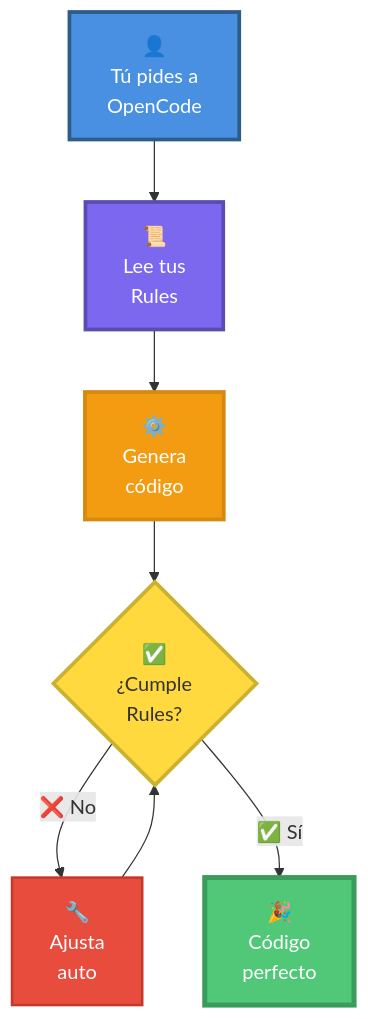
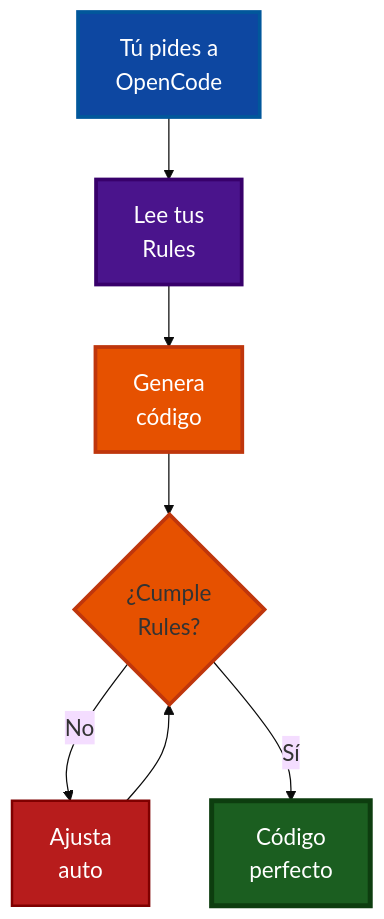
Diagram 11 of 16 in courses/🟡-development/FPUNA-2026/00-FUNDAMENTOS-PRINCIPALES/02-maestria-configuracion.md (Ai-Whisperers/Courses-Content), drawn with Mermaid before and after one commit. The commit also changed other lines of this file and 47 other files, not shown here.

First line of the commit message:
fix: Make all 473 diagrams WCAG AAA accessible (FPUNA-2026)

````diff
--- a/courses/🟡-development/FPUNA-2026/00-FUNDAMENTOS-PRINCIPALES/02-maestria-configuracion.md
+++ b/courses/🟡-development/FPUNA-2026/00-FUNDAMENTOS-PRINCIPALES/02-maestria-configuracion.md
@@ -841,16 +851,17 @@
 ```mermaid
+%%{init: {'theme':'base', 'themeVariables': {'fontSize':'18px'}}}%%
 flowchart TD
-    A["👤<br/>Tú pides a<br/>OpenCode"] --> B["📜<br/>Lee tus<br/>Rules"]
-    B --> C["⚙️<br/>Genera<br/>código"]
-    C --> D{"✅<br/>¿Cumple<br/>Rules?"}
-    D -->|"❌ No"| E["🔧<br/>Ajusta<br/>auto"]
+    A["Tú pides a<br/>OpenCode"] --> B["Lee tus<br/>Rules"]
+    B --> C["Genera<br/>código"]
+    C --> D{"¿Cumple<br/>Rules?"}
+    D -->|"No"| E["Ajusta<br/>auto"]
     E --> D
-    D -->|"✅ Sí"| F["🎉<br/>Código<br/>perfecto"]
+    D -->|"Sí"| F["Código<br/>perfecto"]
     
-    style A fill:#4A90E2,stroke:#2E5C8A,stroke-width:3px,color:#fff
-    style B fill:#7B68EE,stroke:#5A4BB5,stroke-width:3px,color:#fff
-    style C fill:#F39C12,stroke:#D68910,stroke-width:3px,color:#fff
-    style D fill:#FFD93D,stroke:#CCB031,stroke-width:3px,color:#333
-    style E fill:#E74C3C,stroke:#C0392B,stroke-width:2px,color:#fff
-    style F fill:#50C878,stroke:#3A9B5C,stroke-width:4px,color:#fff
+    style A fill:#0d47a1,stroke:#01579b,stroke-width:3px,color:#fff
+    style B fill:#4a148c,stroke:#38006b,stroke-width:3px,color:#fff
+    style C fill:#e65100,stroke:#bf360c,stroke-width:3px,color:#fff
+    style D fill:#e65100,stroke:#bf360c,stroke-width:3px,color:#333
+    style E fill:#b71c1c,stroke:#7f0000,stroke-width:2px,color:#fff
+    style F fill:#1b5e20,stroke:#0d3d0f,stroke-width:4px,color:#fff
 ```
````
